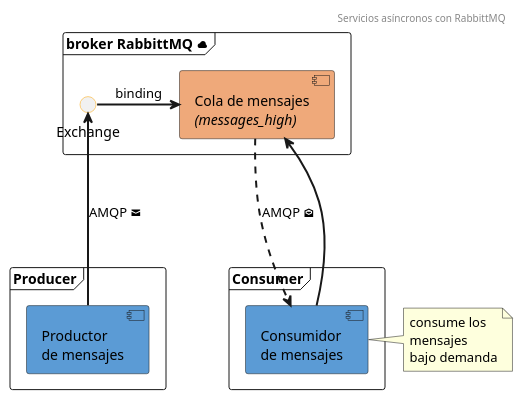
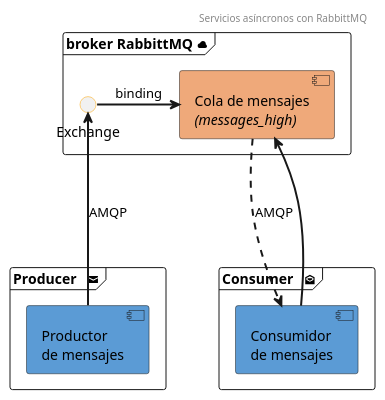
One commit to FJavierGil/demoMessenger changed the diagram in DiagramaComponentes.puml. Above: the diagram before and after it, drawn with PlantUML. The commit also changed 10 other files, not shown here.

Commit message:
División contenedores producer/consumer

```diff
--- a/DiagramaComponentes.puml
+++ b/DiagramaComponentes.puml
@@ -1,39 +1,41 @@
 @startuml
 skinparam componentStyle uml2
 skinparam sequenceArrowThickness 2
 
 skinparam interface {
   borderColor orange
-
 }
 
 header Servicios asíncronos con RabbittMQ
 
-frame "Producer" {
+frame "Producer   <&envelope-closed>" {
   component "Productor\nde mensajes" as producer #5B9BD5
 }
 
-frame "Consumer" {
+frame "Consumer   <&envelope-open>" {
   component "Consumidor\nde mensajes" as consumer #5B9BD5
 }
-note right
-consume los
-mensajes
-bajo demanda
-end note
+'note right
+'consume los
+'mensajes
+'bajo demanda
+'end note
 
 frame "broker RabbittMQ <&cloud>" {
   component cola #efa97a [
     Cola de mensajes
     //(messages_high)//
   ]
   interface Exchange
+'  note left
+'    high
+'  end note
 
-  producer --up-> Exchange: AMQP <&envelope-closed>
+  producer --up-> Exchange: AMQP
   Exchange -right-> cola: binding
 
-  cola ..down.> consumer: AMQP <&envelope-open>
+  cola ..down.> consumer: AMQP
   consumer --up-> cola
 }
 
 @enduml
```
